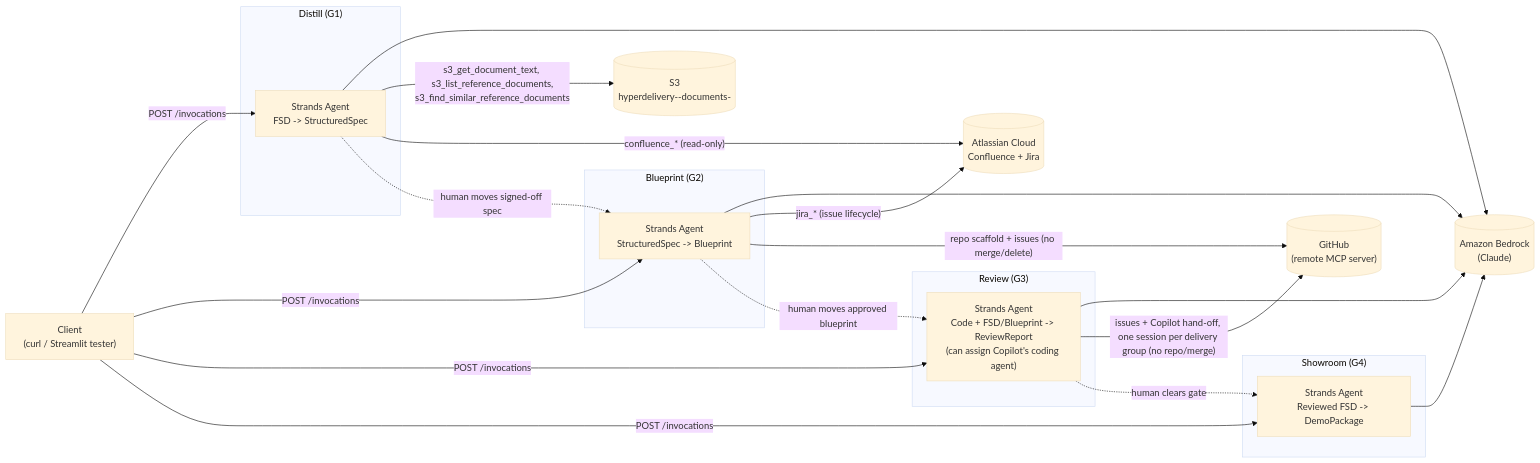
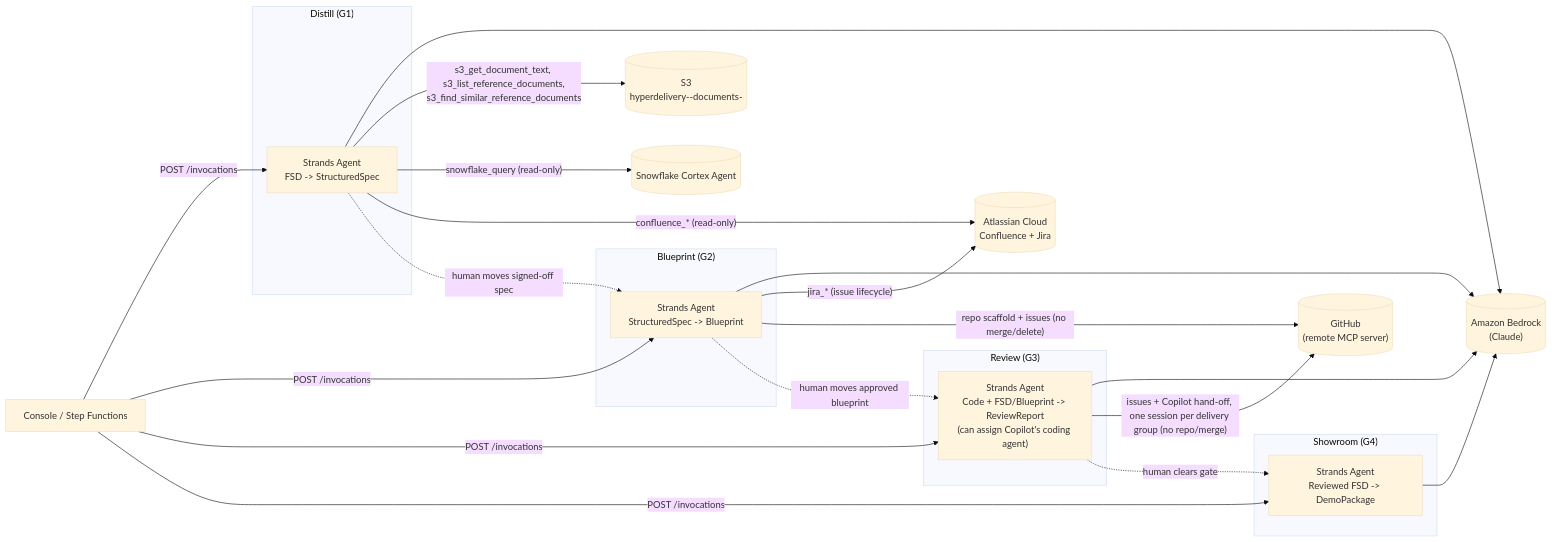
One commit to eitanflor/ua-hyperdelivery changed the first of 3 diagrams in docs/architecture.md. Above: the diagram before and after it, drawn with Mermaid (base theme). The commit also changed other lines of this file and 109 other files, not shown here.

````diff
--- a/docs/architecture.md
+++ b/docs/architecture.md
@@ -11,42 +10,44 @@
 ```mermaid
 flowchart LR
-    client["Client\n(curl / Streamlit tester)"]
+    client["Console / Step Functions"]
 
     subgraph G1["Distill (G1)"]
         distill["Strands Agent\nFSD -> StructuredSpec"]
     end
     subgraph G2["Blueprint (G2)"]
         blueprint["Strands Agent\nStructuredSpec -> Blueprint"]
     end
     subgraph G3["Review (G3)"]
         review["Strands Agent\nCode + FSD/Blueprint -> ReviewReport\n(can assign Copilot's coding agent)"]
     end
     subgraph G4["Showroom (G4)"]
         showroom["Strands Agent\nReviewed FSD -> DemoPackage"]
     end
 
     bedrock[("Amazon Bedrock\n(Claude)")]
     s3[("S3\nhyperdelivery-<env>-documents-<account>")]
+    snowflake[("Snowflake Cortex Agent")]
     atlassian[("Atlassian Cloud\nConfluence + Jira")]
     github[("GitHub\n(remote MCP server)")]
 
     client -->|"POST /invocations"| distill
     client -->|"POST /invocations"| blueprint
     client -->|"POST /invocations"| review
     client -->|"POST /invocations"| showroom
 
     distill --> bedrock
     blueprint --> bedrock
     review --> bedrock
     showroom --> bedrock
 
     distill -->|"s3_get_document_text, s3_list_reference_documents,\ns3_find_similar_reference_documents"| s3
+    distill -->|"snowflake_query (read-only)"| snowflake
     distill -->|"confluence_* (read-only)"| atlassian
     blueprint -->|"jira_* (issue lifecycle)"| atlassian
     blueprint -->|"repo scaffold + issues (no merge/delete)"| github
     review -->|"issues + Copilot hand-off, one session per delivery group (no repo/merge)"| github
 
     distill -.->|"human moves signed-off spec"| blueprint
     blueprint -.->|"human moves approved blueprint"| review
     review -.->|"human clears gate"| showroom
 ```
````
